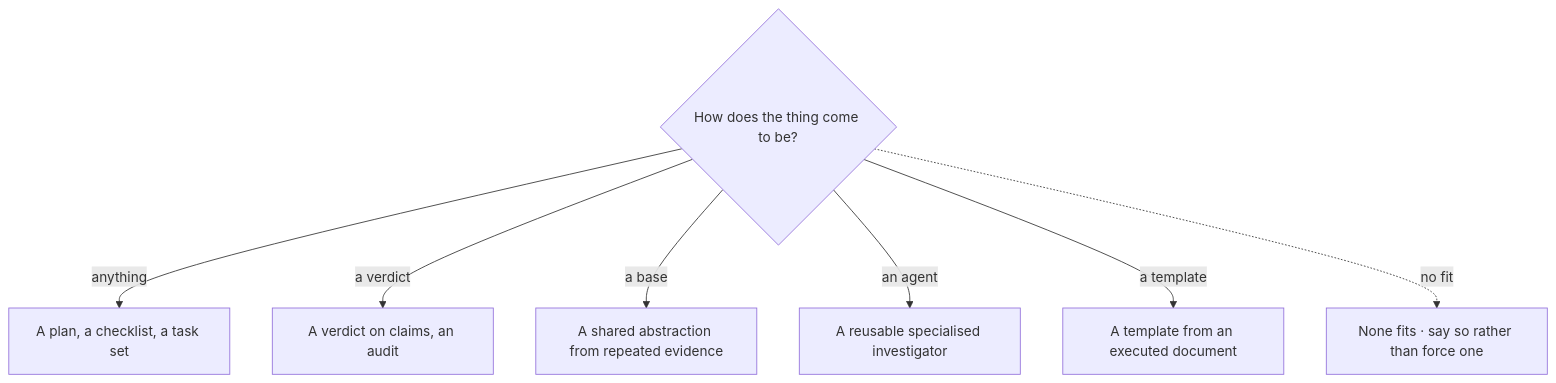
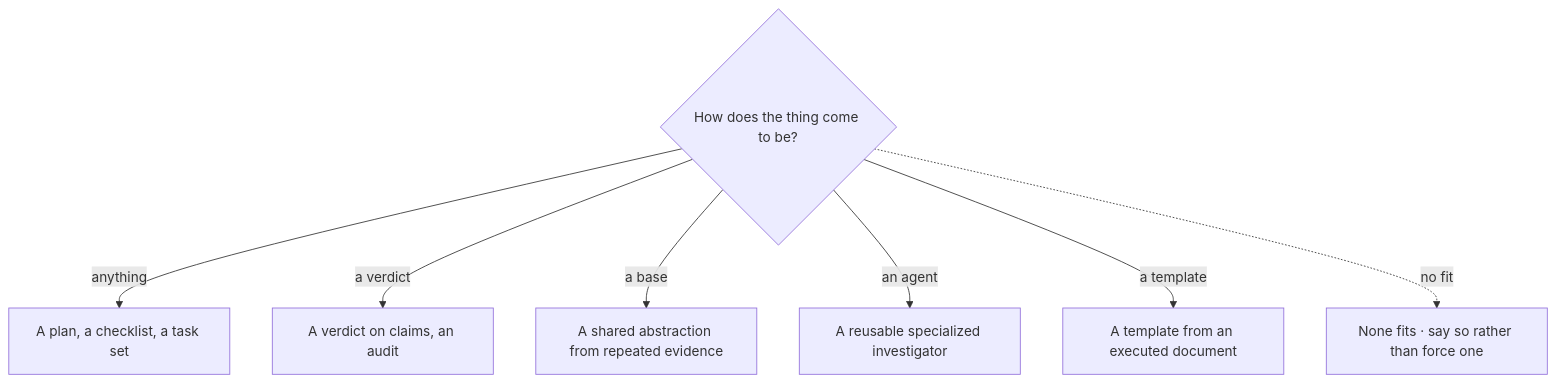
Before and after one commit to Varietyz/Disciplined-AI-Software-Development: the fourth of 6 diagrams in PLAN.md, drawn with Mermaid. The commit also changed other lines of this file and 672 other files, not shown here.

````diff
--- a/PLAN.md
+++ b/PLAN.md
@@ -210,16 +210,16 @@
 ```mermaid
 flowchart TB
 question{"How does the thing come to be?"}
 checklist["A plan, a checklist, a task set"]
 claim["A verdict on claims, an audit"]
 pattern["A shared abstraction from repeated evidence"]
-agent["A reusable specialised investigator"]
+agent["A reusable specialized investigator"]
 layer["A template from an executed document"]
 none["None fits · say so rather than force one"]
 question -- anything --> checklist
 question -- a verdict --> claim
 question -- a base --> pattern
 question -- an agent --> agent
 question -- a template --> layer
 question -. no fit .-> none
 ```
````
